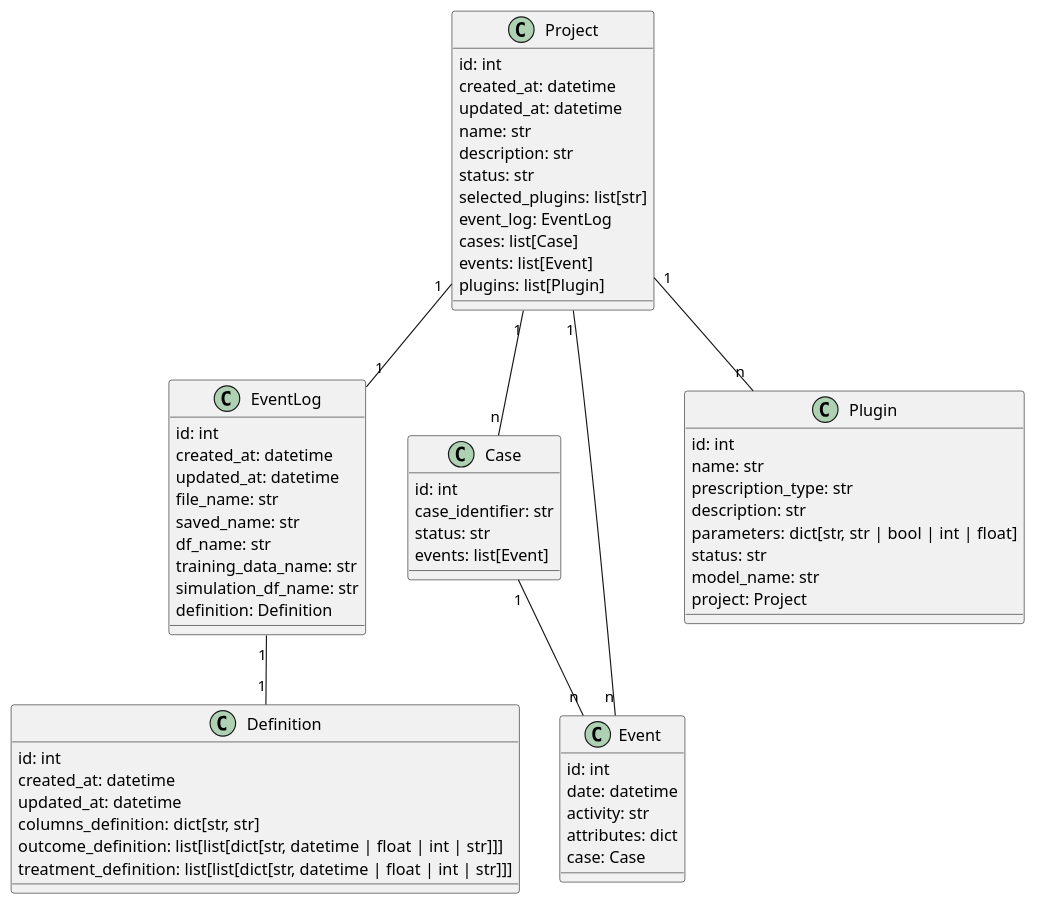
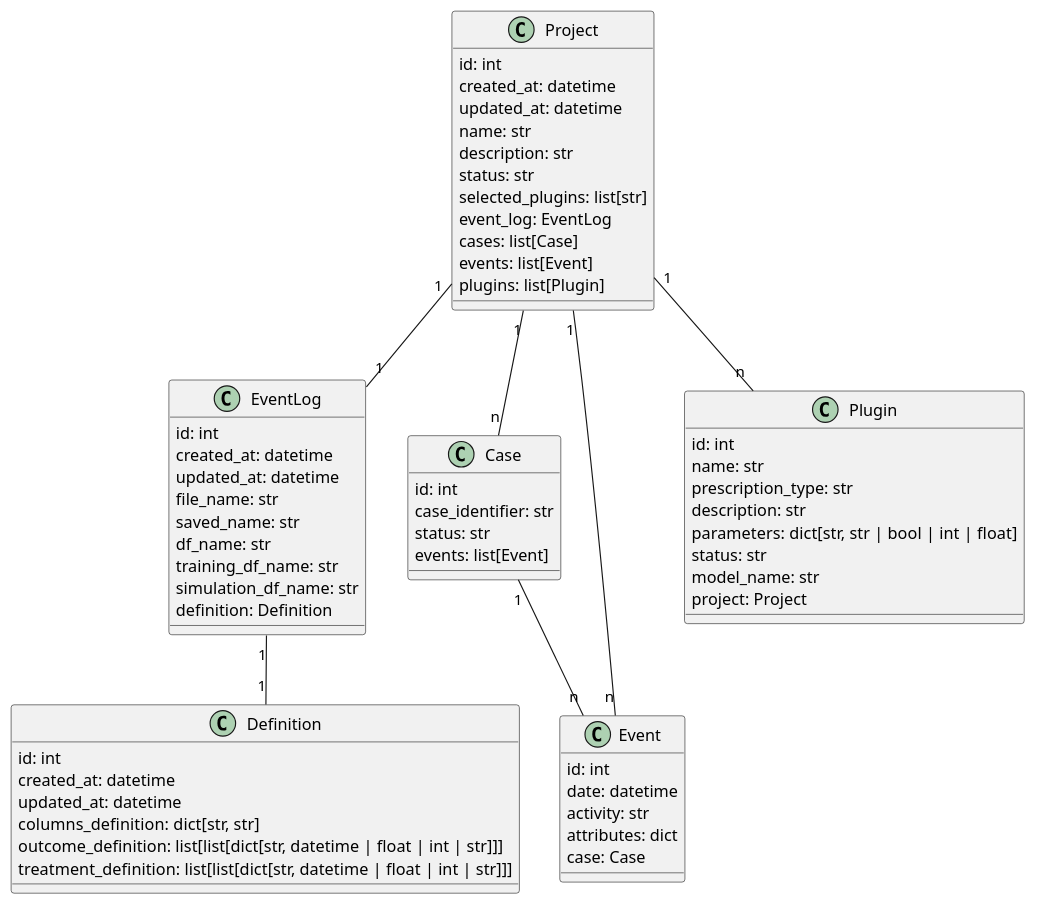
Before and after one commit to prcore/prcore: the diagram in docs/core-classes.plantuml, drawn with PlantUML. The commit also changed 3 other files, not shown here.

```diff
--- a/docs/core-classes.plantuml
+++ b/docs/core-classes.plantuml
@@ -1,71 +1,71 @@
 @startuml core-classes
 
 class EventLog {
     id: int
     created_at: datetime
     updated_at: datetime
     file_name: str
     saved_name: str
     df_name: str
-    training_data_name: str
+    training_df_name: str
     simulation_df_name: str
     definition: Definition
 }
 
 class Definition {
     id: int
     created_at: datetime
     updated_at: datetime
     columns_definition: dict[str, str]
     outcome_definition: list[list[dict[str, datetime | float | int | str]]]
     treatment_definition: list[list[dict[str, datetime | float | int | str]]]
 }
 
 class Project {
     id: int
     created_at: datetime
     updated_at: datetime
     name: str
     description: str
     status: str
     selected_plugins: list[str]
     event_log: EventLog
     cases: list[Case]
     events: list[Event]
     plugins: list[Plugin]
 }
 
 class Case{
     id: int
     case_identifier: str
     status: str
     events: list[Event]
 }
 
 class Event{
     id: int
     date: datetime
     activity: str
     attributes: dict
     case: Case
 }
 
 class Plugin {
     id: int
     name: str
     prescription_type: str
     description: str
     parameters: dict[str, str | bool | int | float]
     status: str
     model_name: str
     project: Project
 }
 
 EventLog "1" -- "1" Definition
 Project "1" -- "1" EventLog
 Project "1" -- "n" Case
 Project "1" -- "n" Event
 Case "1" -- "n" Event
 Project "1" -- "n" Plugin
 
 @enduml
```
